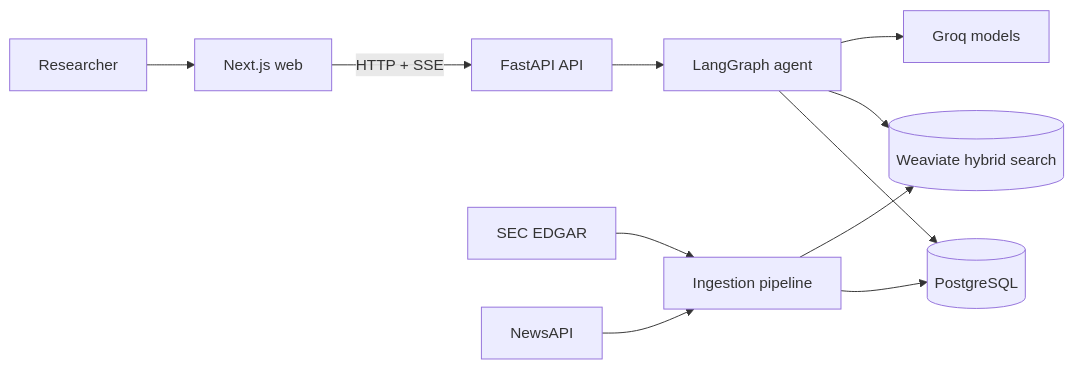
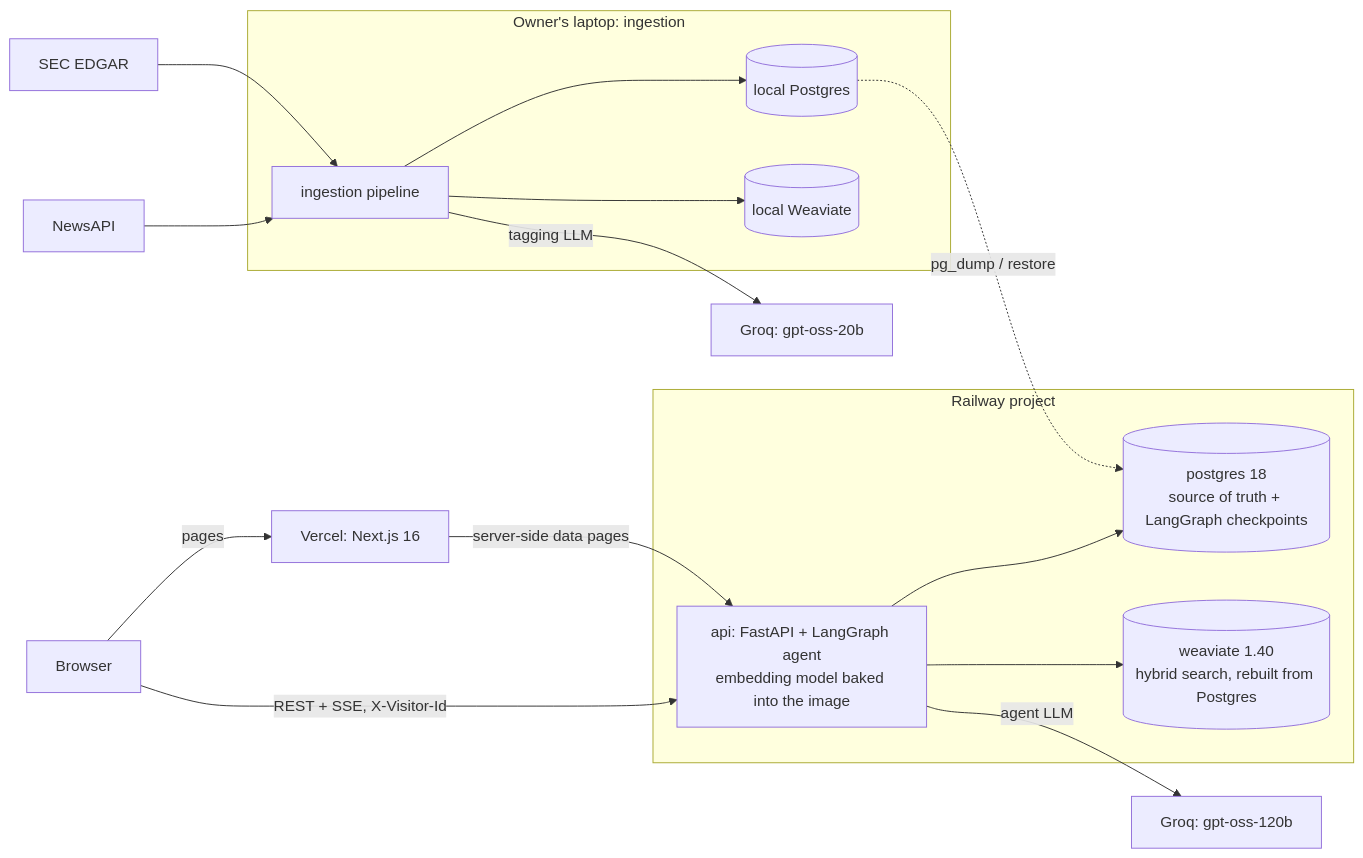
Before and after one commit to Devvv2607/Financial-Intelligence-Research-Agent: the first of 2 diagrams in README.md, drawn with Mermaid. The commit also changed other lines of this file and 1 other file, not shown here.

````diff
--- a/README.md
+++ b/README.md
@@ -32,13 +87,25 @@
 ```mermaid
 flowchart LR
-    U[Researcher] --> WEB[Next.js web]
-    WEB -->|HTTP + SSE| API[FastAPI API]
-    API --> G[LangGraph agent]
-    G --> PG[(PostgreSQL)]
-    G --> WV[(Weaviate hybrid search)]
-    G --> GROQ[Groq models]
-    ING[Ingestion pipeline] --> PG
-    ING --> WV
+    B[Browser] -->|pages| V[Vercel: Next.js 16]
+    B -->|REST + SSE, X-Visitor-Id| API
+
+    subgraph R[Railway project]
+      API[api: FastAPI + LangGraph agent<br/>embedding model baked into the image]
+      PG[(postgres 18<br/>source of truth + LangGraph checkpoints)]
+      WV[(weaviate 1.40<br/>hybrid search, rebuilt from Postgres)]
+      API --> PG
+      API --> WV
+    end
+    V -->|server-side data pages| API
+
+    API -->|agent LLM| GROQ[Groq: gpt-oss-120b]
+
+    subgraph L[Owner's laptop: ingestion]
+      ING[ingestion pipeline] --> LPG[(local Postgres)]
+      ING --> LWV[(local Weaviate)]
+    end
     SEC[SEC EDGAR] --> ING
     NEWS[NewsAPI] --> ING
+    ING -->|tagging LLM| GROQ20[Groq: gpt-oss-20b]
+    LPG -.->|pg_dump / restore| PG
 ```
````
